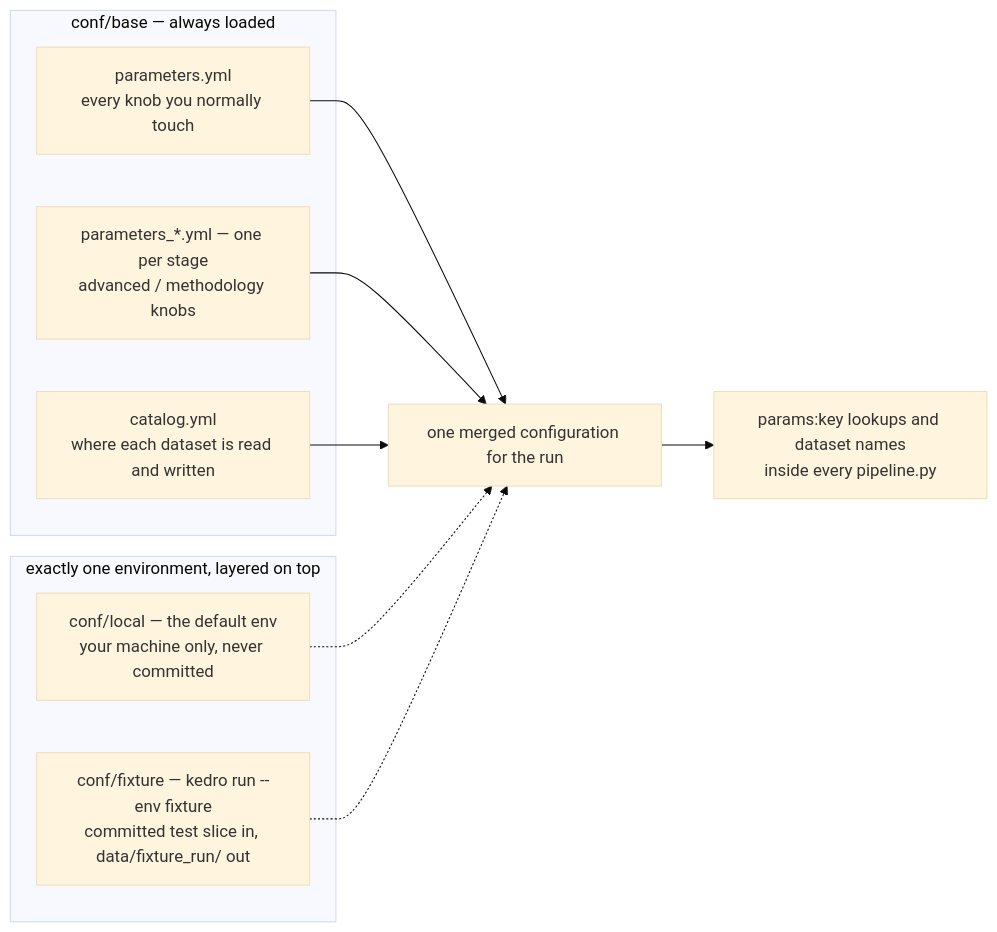
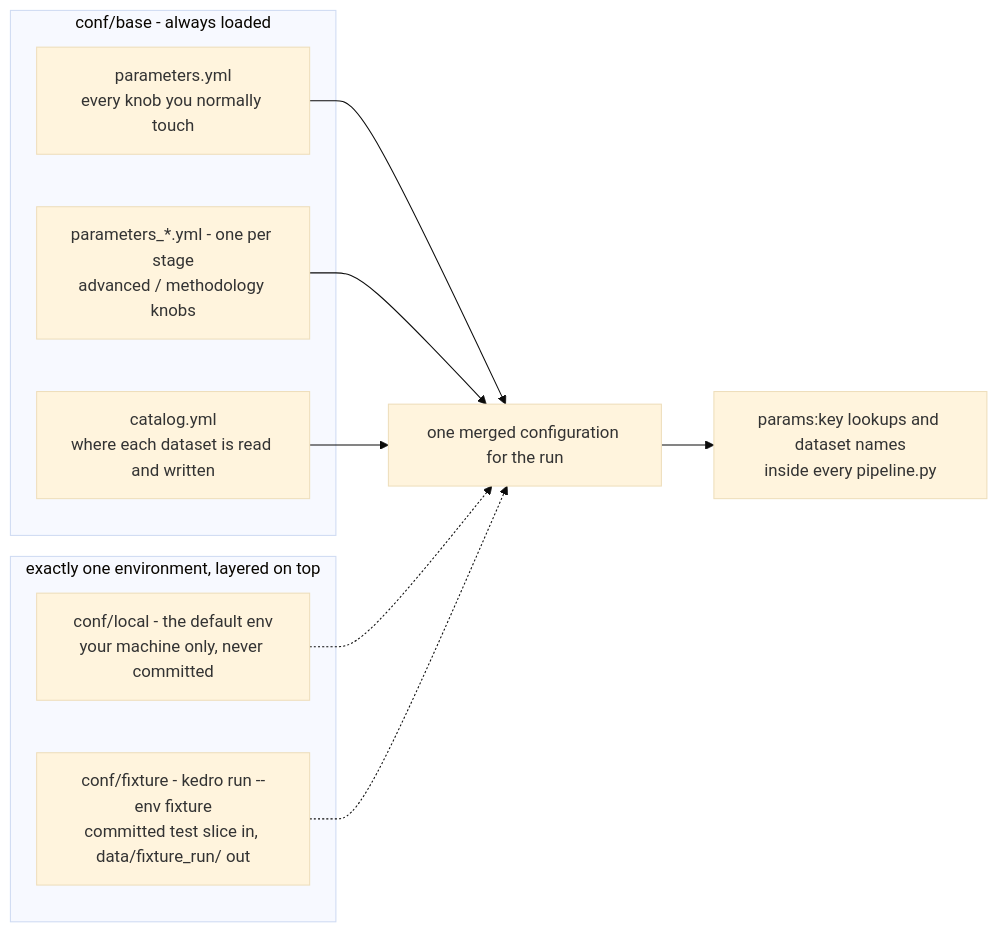
One commit to Theia-Finance-Labs/altr-model changed the second of 2 diagrams in docs/handover/architecture.md. Above: the diagram before and after it, drawn with Mermaid (base theme). The commit also changed other lines of this file and 12 other files, not shown here.

````diff
--- a/docs/handover/architecture.md
+++ b/docs/handover/architecture.md
@@ -119,23 +119,23 @@
 ```mermaid
 flowchart LR
-    subgraph BASE["conf/base — always loaded"]
+    subgraph BASE["conf/base - always loaded"]
         P["parameters.yml<br>every knob you normally touch"]
-        ADV["parameters_*.yml — one per stage<br>advanced / methodology knobs"]
+        ADV["parameters_*.yml - one per stage<br>advanced / methodology knobs"]
         CAT["catalog.yml<br>where each dataset is read and written"]
     end
 
     subgraph ENV["exactly one environment, layered on top"]
-        LOCAL["conf/local — the default env<br>your machine only, never committed"]
-        FIX["conf/fixture — kedro run --env fixture<br>committed test slice in, data/fixture_run/ out"]
+        LOCAL["conf/local - the default env<br>your machine only, never committed"]
+        FIX["conf/fixture - kedro run --env fixture<br>committed test slice in, data/fixture_run/ out"]
     end
 
     MERGED["one merged configuration for the run"]
     USE["params:key lookups and dataset names<br>inside every pipeline.py"]
 
     P --> MERGED
     ADV --> MERGED
     CAT --> MERGED
     LOCAL -.-> MERGED
     FIX -.-> MERGED
     MERGED --> USE
 ```
````
